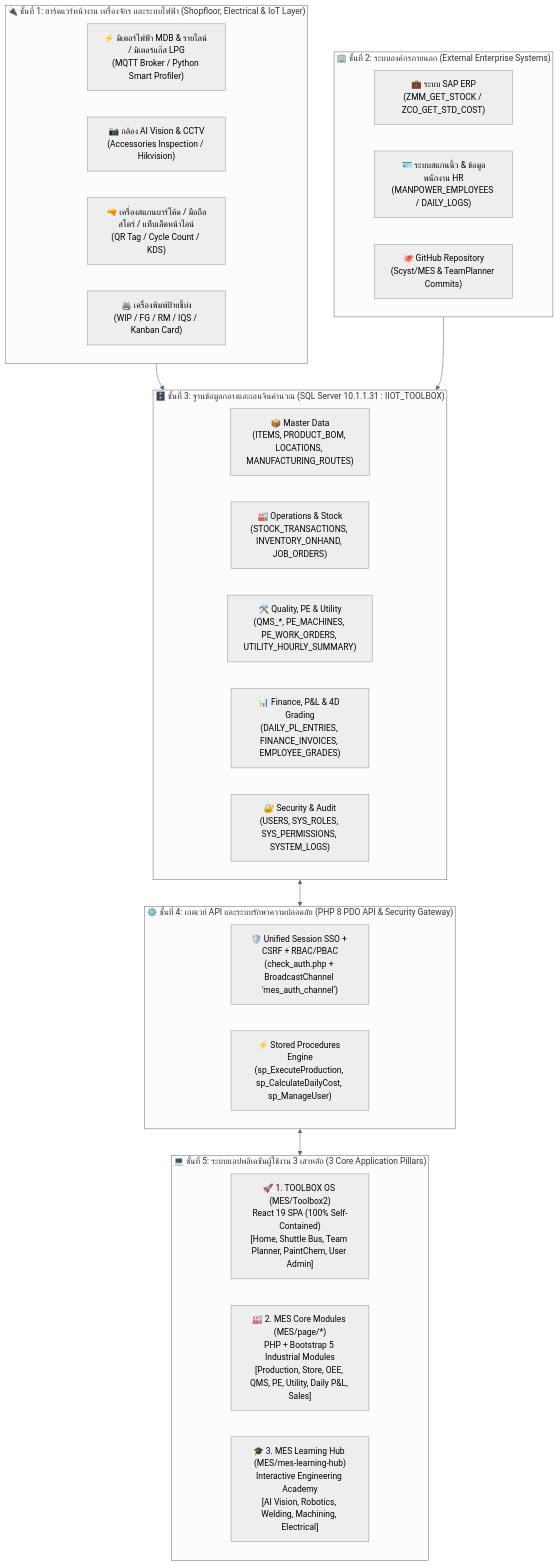
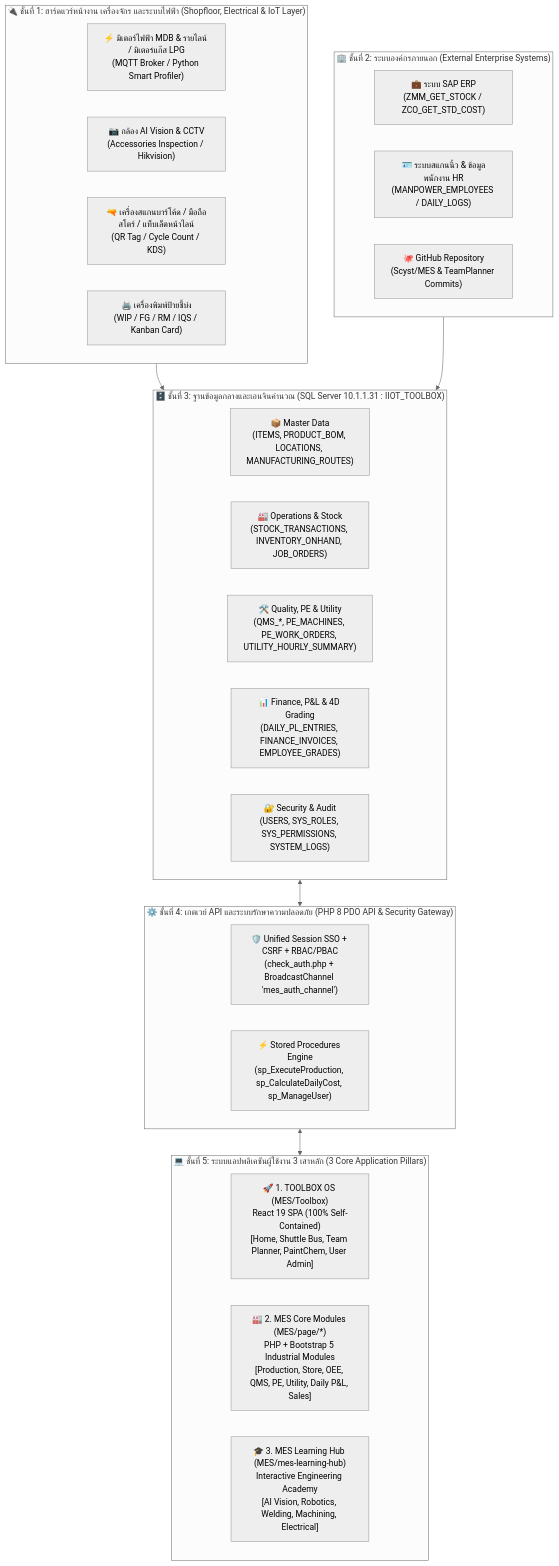
One commit to Scyst/MES changed the first of 3 diagrams in MES/docs/blueprint/MES_SYSTEM_BLUEPRINT.md. Above: the diagram before and after it, drawn with Mermaid (neutral theme). The commit also changed other lines of this file and 5 other files, not shown here.

````diff
--- a/MES/docs/blueprint/MES_SYSTEM_BLUEPRINT.md
+++ b/MES/docs/blueprint/MES_SYSTEM_BLUEPRINT.md
@@ -13,39 +13,39 @@
 ```mermaid
 flowchart TB
     subgraph L1["🔌 ชั้นที่ 1: ฮาร์ดแวร์หน้างาน เครื่องจักร และระบบไฟฟ้า (Shopfloor, Electrical & IoT Layer)"]
         MQTT["⚡ มิเตอร์ไฟฟ้า MDB & รายไลน์ / มิเตอร์แก๊ส LPG\n(MQTT Broker / Python Smart Profiler)"]
         CAM["📷 กล้อง AI Vision & CCTV\n(Accessories Inspection / Hikvision)"]
         SCAN["🔫 เครื่องสแกนบาร์โค้ด / มือถือสโตร์ / แท็บเล็ตหน้าไลน์\n(QR Tag / Cycle Count / KDS)"]
         PRINT["🖨️ เครื่องพิมพ์ป้ายชี้บ่ง\n(WIP / FG / RM / IQS / Kanban Card)"]
     end
 
     subgraph L2["🏢 ชั้นที่ 2: ระบบองค์กรภายนอก (External Enterprise Systems)"]
         SAP["💼 ระบบ SAP ERP\n(ZMM_GET_STOCK / ZCO_GET_STD_COST)"]
         HR["🪪 ระบบสแกนนิ้ว & ข้อมูลพนักงาน HR\n(MANPOWER_EMPLOYEES / DAILY_LOGS)"]
         GH["🐙 GitHub Repository\n(Scyst/MES & TeamPlanner Commits)"]
     end
 
     subgraph L3["🗄️ ชั้นที่ 3: ฐานข้อมูลกลางและเอนจินคำนวณ (SQL Server 10.1.1.31 : IIOT_TOOLBOX)"]
         DB_MASTER["📦 Master Data\n(ITEMS, PRODUCT_BOM, LOCATIONS, MANUFACTURING_ROUTES)"]
         DB_OPS["🏭 Operations & Stock\n(STOCK_TRANSACTIONS, INVENTORY_ONHAND, JOB_ORDERS)"]
         DB_PE_QMS["🛠️ Quality, PE & Utility\n(QMS_*, PE_MACHINES, PE_WORK_ORDERS, UTILITY_HOURLY_SUMMARY)"]
         DB_FIN_HR["📊 Finance, P&L & 4D Grading\n(DAILY_PL_ENTRIES, FINANCE_INVOICES, EMPLOYEE_GRADES)"]
         DB_AUTH["🔐 Security & Audit\n(USERS, SYS_ROLES, SYS_PERMISSIONS, SYSTEM_LOGS)"]
     end
 
     subgraph L4["⚙️ ชั้นที่ 4: เกตเวย์ API และระบบรักษาความปลอดภัย (PHP 8 PDO API & Security Gateway)"]
         AUTH_GW["🛡️ Unified Session SSO + CSRF + RBAC/PBAC\n(check_auth.php + BroadcastChannel 'mes_auth_channel')"]
         SP_ENG["⚡ Stored Procedures Engine\n(sp_ExecuteProduction, sp_CalculateDailyCost, sp_ManageUser)"]
     end
 
     subgraph L5["💻 ชั้นที่ 5: ระบบแอปพลิเคชันผู้ใช้งาน 3 เสาหลัก (3 Core Application Pillars)"]
-        APP_TB2["🚀 1. TOOLBOX OS (MES/Toolbox2)\nReact 19 SPA (100% Self-Contained)\n[Home, Shuttle Bus, Team Planner, PaintChem, User Admin]"]
+        APP_TB2["🚀 1. TOOLBOX OS (MES/Toolbox)\nReact 19 SPA (100% Self-Contained)\n[Home, Shuttle Bus, Team Planner, PaintChem, User Admin]"]
         APP_PAGE["🏭 2. MES Core Modules (MES/page/*)\nPHP + Bootstrap 5 Industrial Modules\n[Production, Store, OEE, QMS, PE, Utility, Daily P&L, Sales]"]
         APP_LH["🎓 3. MES Learning Hub (MES/mes-learning-hub)\nInteractive Engineering Academy\n[AI Vision, Robotics, Welding, Machining, Electrical]"]
     end
 
     L1 --> L3
     L2 --> L3
     L3 <--> L4
     L4 <--> L5
 ```
````
